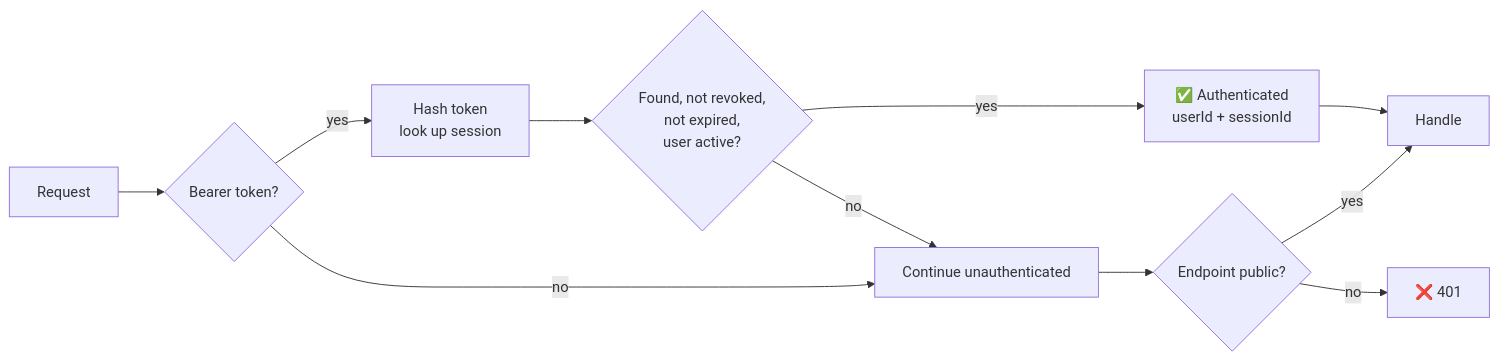
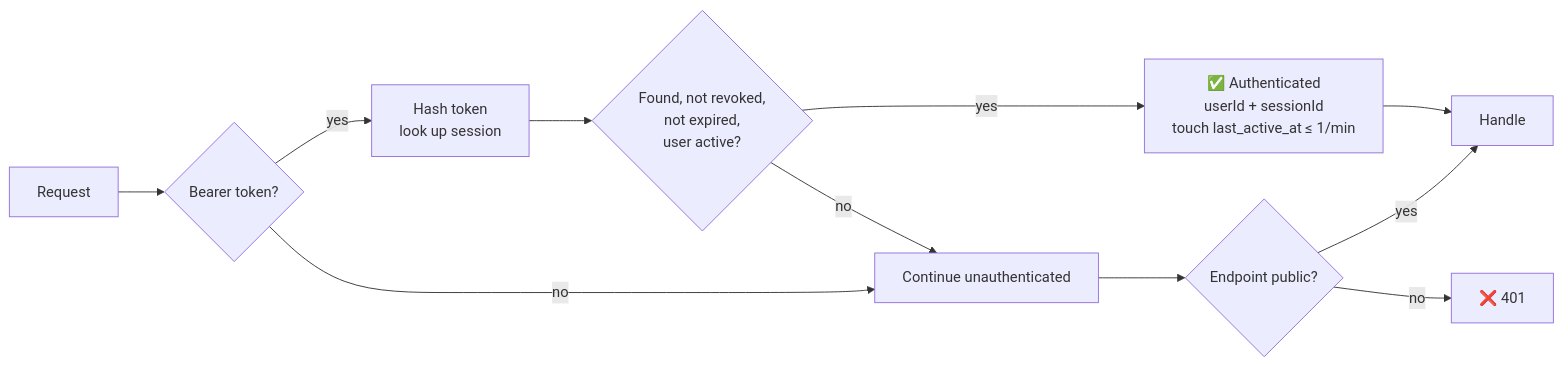
One commit to openshelves-labs/openshelves changed the third of 7 diagrams in docs/api-design/01-auth-sessions.md. Above: the diagram before and after it, drawn with Mermaid. The commit also changed other lines of this file and 19 other files, not shown here.

Commit message:
feat: implement user password management and device session handling

````diff
--- a/docs/api-design/01-auth-sessions.md
+++ b/docs/api-design/01-auth-sessions.md
@@ -78,13 +120,13 @@
 ```mermaid
 flowchart LR
     A[Request] --> B{Bearer token?}
     B -- no --> X[Continue unauthenticated]
     B -- yes --> C[Hash token<br/>look up session]
     C --> D{Found, not revoked,<br/>not expired,<br/>user active?}
     D -- no --> X
-    D -- yes --> E[✅ Authenticated<br/>userId + sessionId]
+    D -- yes --> E[✅ Authenticated<br/>userId + sessionId<br/>touch last_active_at ≤ 1/min]
     X --> F{Endpoint public?}
     F -- yes --> G[Handle]
     F -- no --> H[❌ 401]
     E --> G
 ```
````
